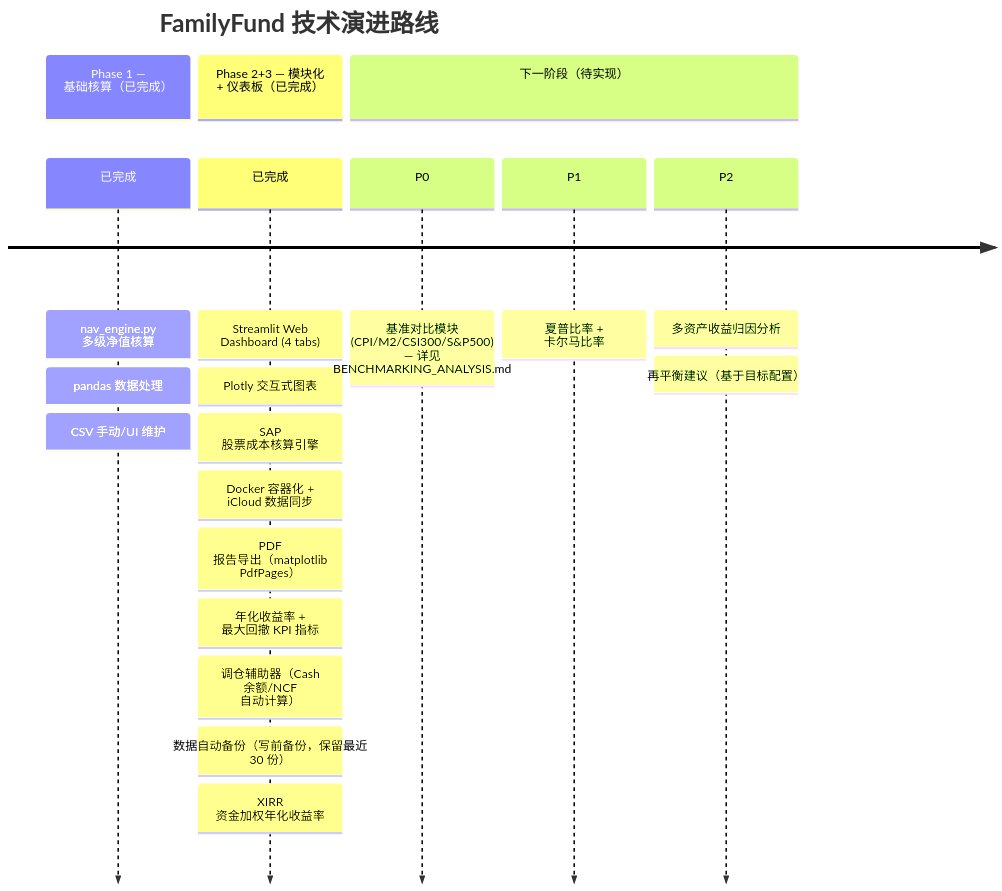
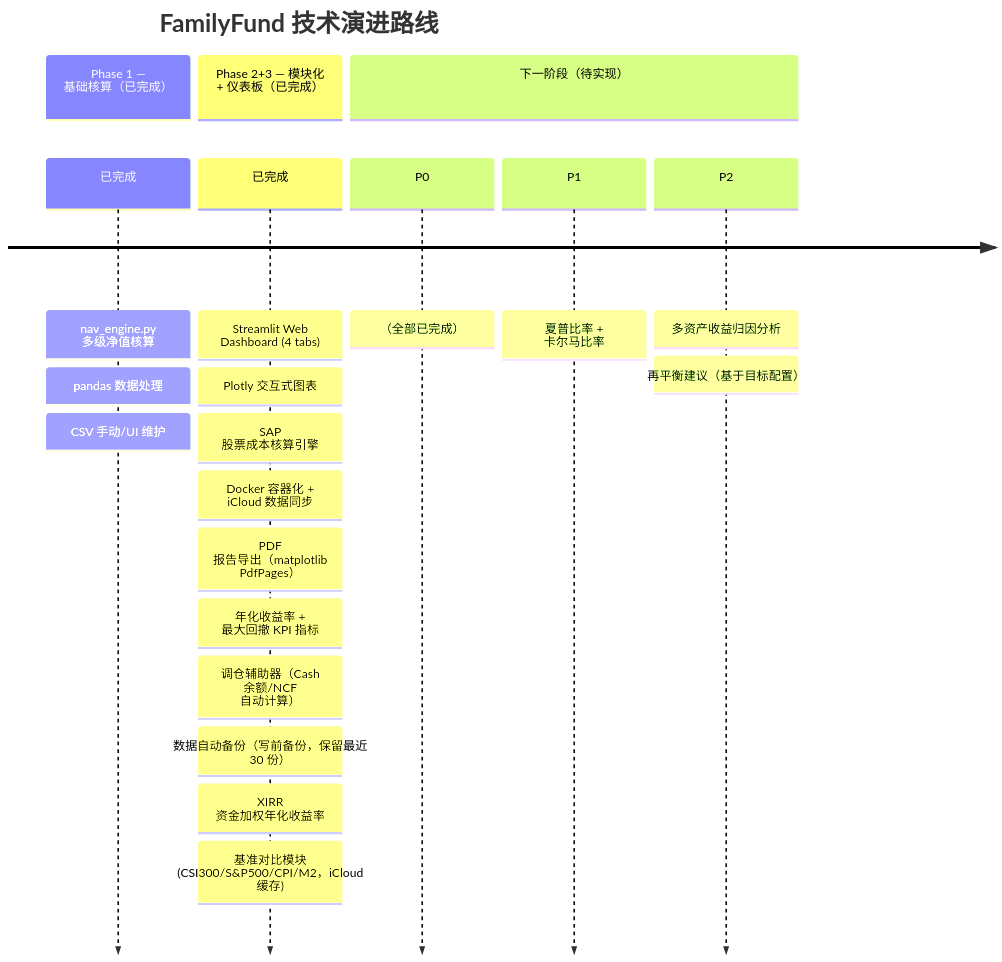
One commit to Haolun123/FamilyFund changed diagram 16 of 16 in ARCHITECTURE_shared.md. Above: the diagram before and after it, drawn with Mermaid. The commit also changed other lines of this file and 3 other files, not shown here.

First line of the commit message:
Add benchmark overlay to NAV chart (CSI300/S&P500/CPI/M2)

````diff
--- a/ARCHITECTURE_shared.md
+++ b/ARCHITECTURE_shared.md
@@ -983,23 +983,24 @@
 ```mermaid
 timeline
     title FamilyFund 技术演进路线
     section Phase 1 — 基础核算（已完成）
         已完成 : nav_engine.py 多级净值核算
              : pandas 数据处理
              : CSV 手动/UI 维护
     section Phase 2+3 — 模块化 + 仪表板（已完成）
         已完成 : Streamlit Web Dashboard (4 tabs)
              : Plotly 交互式图表
              : SAP 股票成本核算引擎
              : Docker 容器化 + iCloud 数据同步
              : PDF 报告导出（matplotlib PdfPages）
              : 年化收益率 + 最大回撤 KPI 指标
              : 调仓辅助器（Cash 余额/NCF 自动计算）
              : 数据自动备份（写前备份，保留最近 30 份）
              : XIRR 资金加权年化收益率
+             : 基准对比模块 (CSI300/S&P500/CPI/M2，iCloud 缓存)
     section 下一阶段（待实现）
-        P0 : 基准对比模块 (CPI/M2/CSI300/S&P500) — 详见 BENCHMARKING_ANALYSIS.md
+        P0 : （全部已完成）
         P1 : 夏普比率 + 卡尔马比率
         P2 : 多资产收益归因分析
            : 再平衡建议（基于目标配置）
 ```
````
